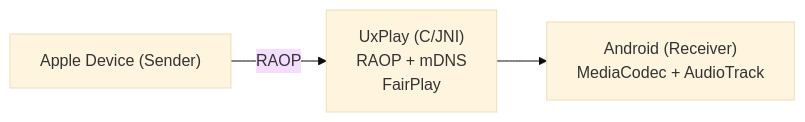
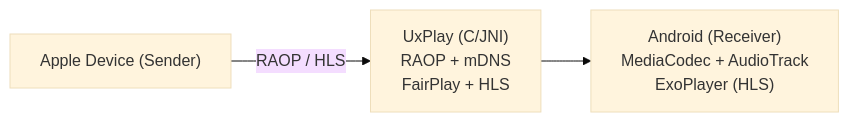
One commit to c0mrrr/android-airplay-server changed the diagram in README.md. Above: the diagram before and after it, drawn with Mermaid (base theme). The commit also changed other lines of this file and 20 other files, not shown here.

````diff
--- a/README.md
+++ b/README.md
@@ -41,9 +43,9 @@
 ```mermaid
 flowchart LR
     AppleDevice["Apple Device (Sender)"]
-    UxPlay["UxPlay (C/JNI)<br/>RAOP + mDNS<br/>FairPlay"]
-    AndroidApp["Android (Receiver)<br/>MediaCodec + AudioTrack"]
+    UxPlay["UxPlay (C/JNI)<br/>RAOP + mDNS<br/>FairPlay + HLS"]
+    AndroidApp["Android (Receiver)<br/>MediaCodec + AudioTrack<br/>ExoPlayer (HLS)"]
 
-    AppleDevice -- "RAOP" --> UxPlay
+    AppleDevice -- "RAOP / HLS" --> UxPlay
     UxPlay --> AndroidApp
 ```
````
